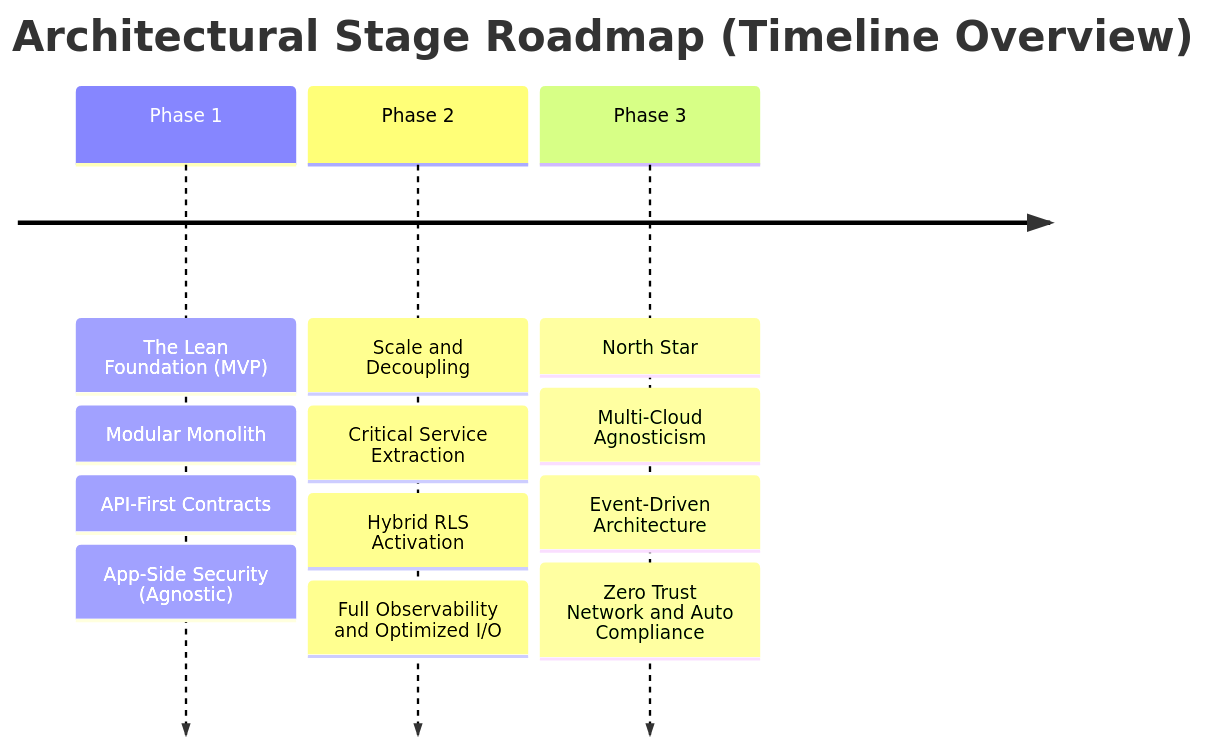
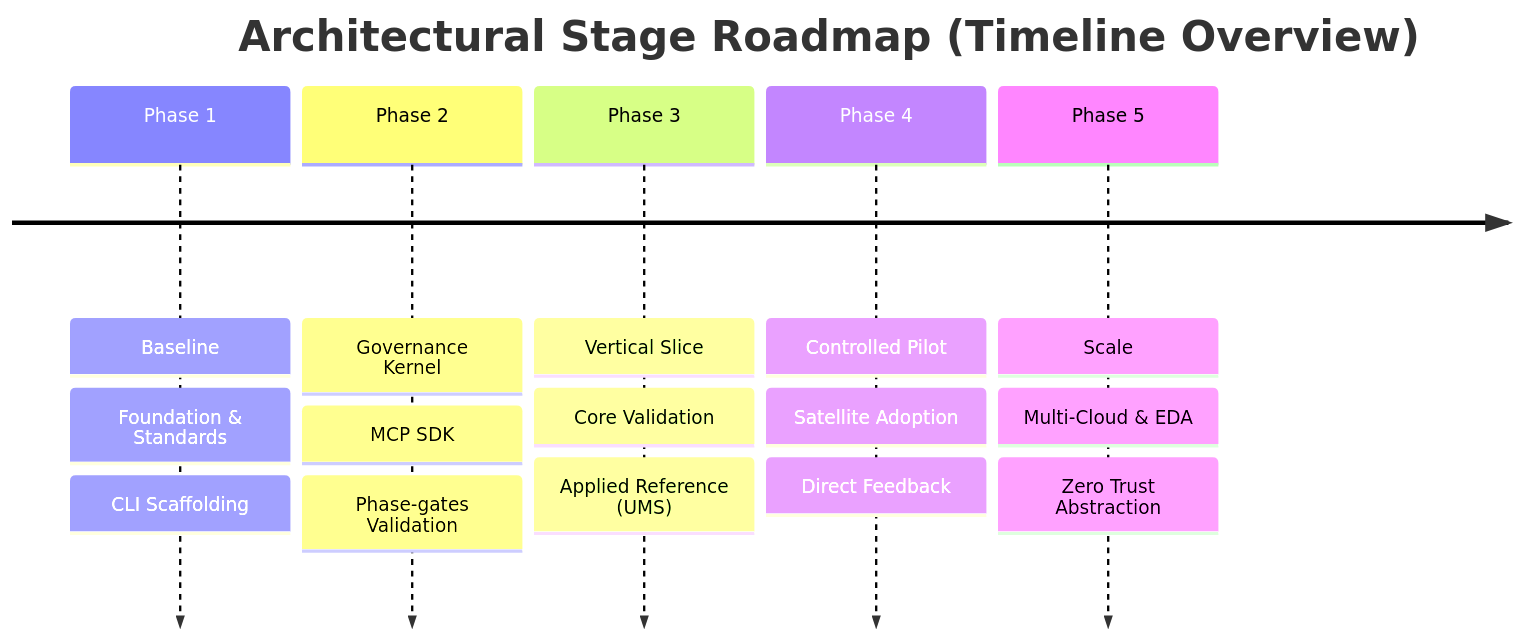
The diagram in reference/governance/standards/vision/evolutionary-strategy-roadmap.md (beyondnetcode/evolith_arch32), drawn with Mermaid before and after one commit. The commit also changed other lines of this file and 3 other files, not shown here.

First line of the commit message:
docs(strategy): reprioritize roadmap around governance proof (GT-34)

````diff
--- a/reference/governance/standards/vision/evolutionary-strategy-roadmap.md
+++ b/reference/governance/standards/vision/evolutionary-strategy-roadmap.md
@@ -22,7 +22,9 @@
 ```mermaid
 timeline
  title Architectural Stage Roadmap (Timeline Overview)
- Phase 1 : The Lean Foundation (MVP) : Modular Monolith : API-First Contracts : App-Side Security (Agnostic)
- Phase 2 : Scale and Decoupling : Critical Service Extraction : Hybrid RLS Activation : Full Observability and Optimized I/O
- Phase 3 : North Star : Multi-Cloud Agnosticism : Event-Driven Architecture : Zero Trust Network and Auto Compliance
+ Phase 1 : Baseline : Foundation & Standards : CLI Scaffolding
+ Phase 2 : Governance Kernel : MCP SDK : Phase-gates Validation
+ Phase 3 : Vertical Slice : Core Validation : Applied Reference (UMS)
+ Phase 4 : Controlled Pilot : Satellite Adoption : Direct Feedback
+ Phase 5 : Scale : Multi-Cloud & EDA : Zero Trust Abstraction
 ```
````
